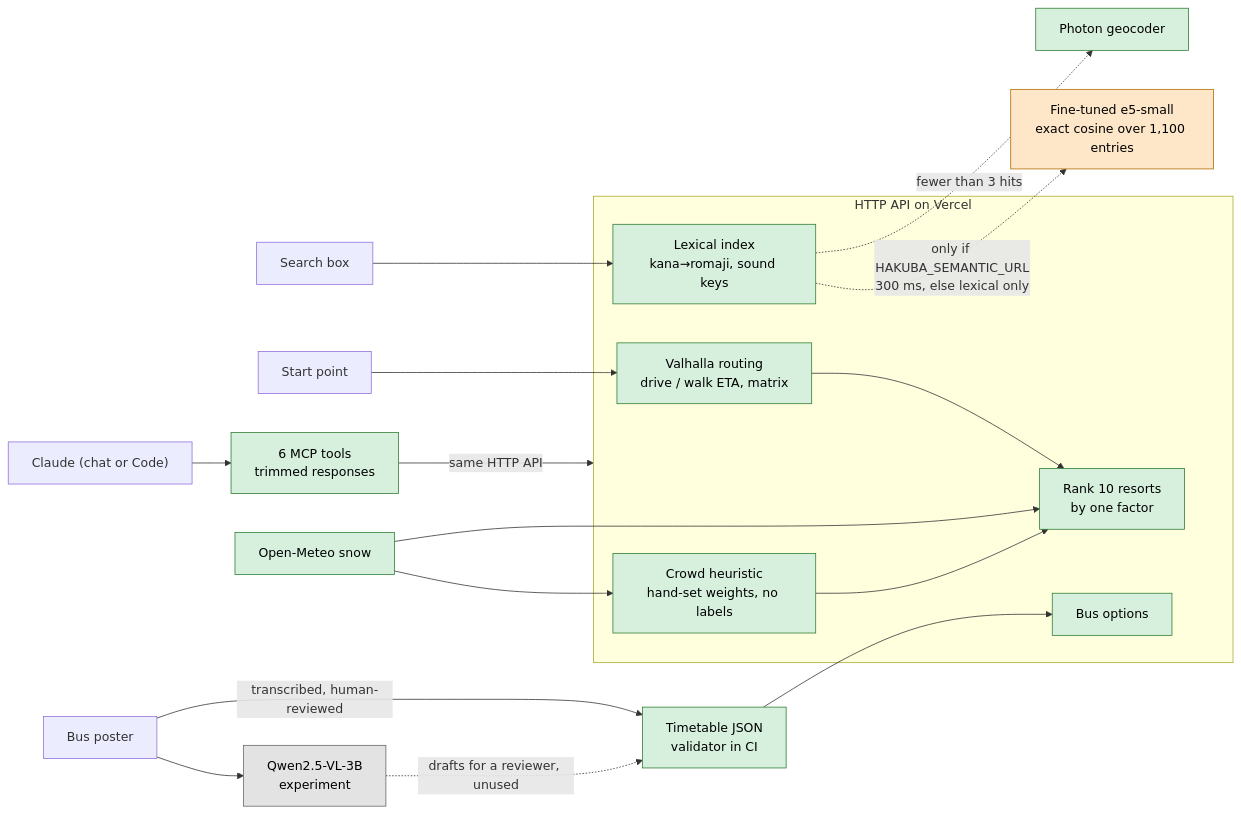
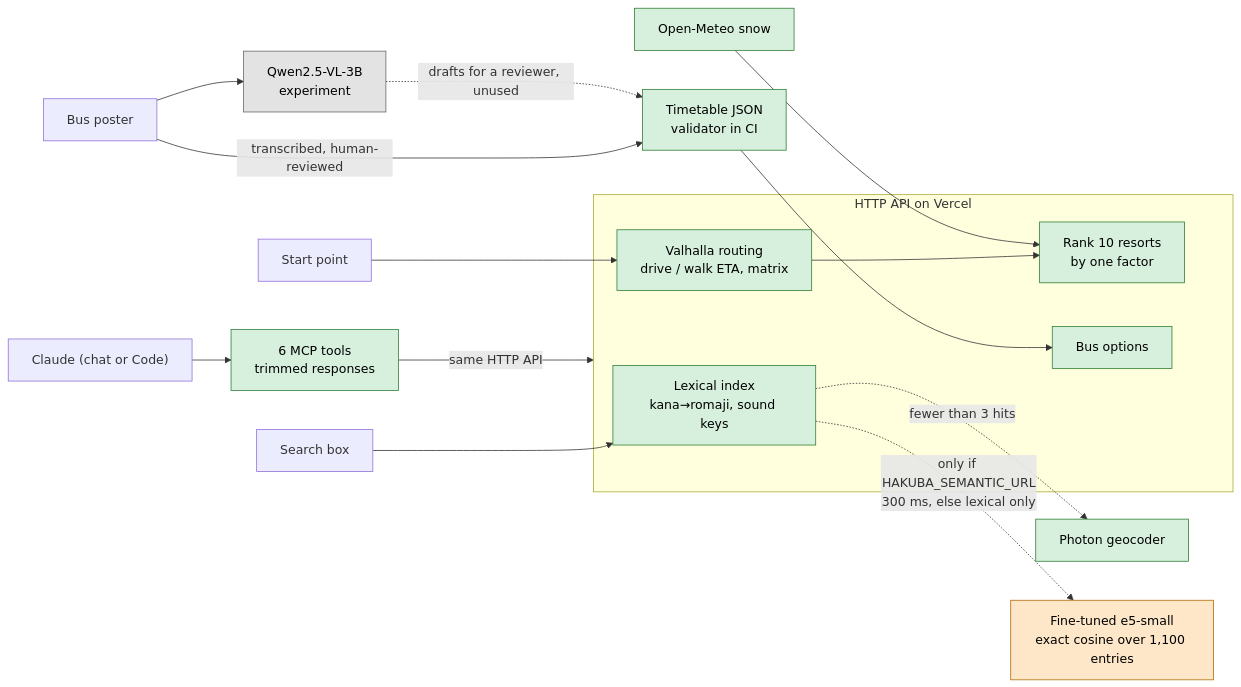
The diagram in docs/ml-tour.md (r03922123/jp_ski_map), drawn with Mermaid before and after one commit. The commit also changed other lines of this file and 18 other files, not shown here.

````diff
--- a/docs/ml-tour.md
+++ b/docs/ml-tour.md
@@ -13,31 +13,28 @@
 ```mermaid
 flowchart LR
   q["Search box"] --> lex
   origin["Start point"] --> val
   agent["Claude (chat or Code)"] --> mcp["6 MCP tools<br/>trimmed responses"]
   mcp -- "same HTTP API" --> api
   subgraph api["HTTP API on Vercel"]
     lex["Lexical index<br/>kana→romaji, sound keys"]
     val["Valhalla routing<br/>drive / walk ETA, matrix"]
-    crowd["Crowd heuristic<br/>hand-set weights, no labels"]
     rank["Rank 10 resorts<br/>by one factor"]
     bus["Bus options"]
     val --> rank
-    crowd --> rank
   end
   lex -. "fewer than 3 hits" .-> photon["Photon geocoder"]
   lex -. "only if HAKUBA_SEMANTIC_URL<br/>300 ms, else lexical only" .-> sem["Fine-tuned e5-small<br/>exact cosine over 1,100 entries"]
   snow["Open-Meteo snow"] --> rank
-  snow --> crowd
   poster["Bus poster"] -- "transcribed, human-reviewed" --> tt["Timetable JSON<br/>validator in CI"]
   poster --> vlm["Qwen2.5-VL-3B<br/>experiment"]
   vlm -. "drafts for a reviewer, unused" .-> tt
   tt --> bus
 
   classDef served fill:#d7f0dd,stroke:#2e7d32,color:#000
   classDef off fill:#fde7c8,stroke:#b26a00,color:#000
   classDef offline fill:#e3e3e3,stroke:#666,color:#000
-  class lex,photon,val,rank,snow,crowd,mcp,tt,bus served
+  class lex,photon,val,rank,snow,mcp,tt,bus served
   class sem off
   class vlm offline
 ```
````
